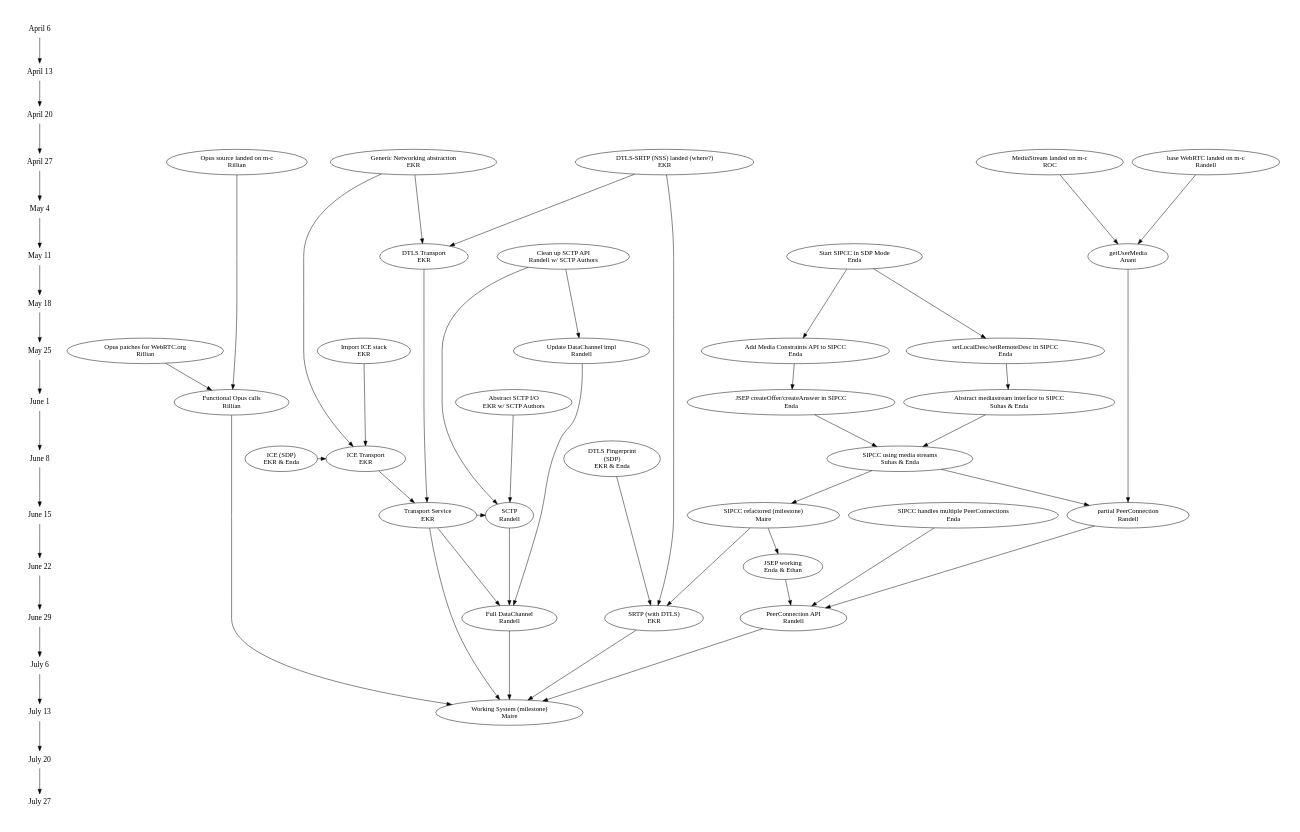
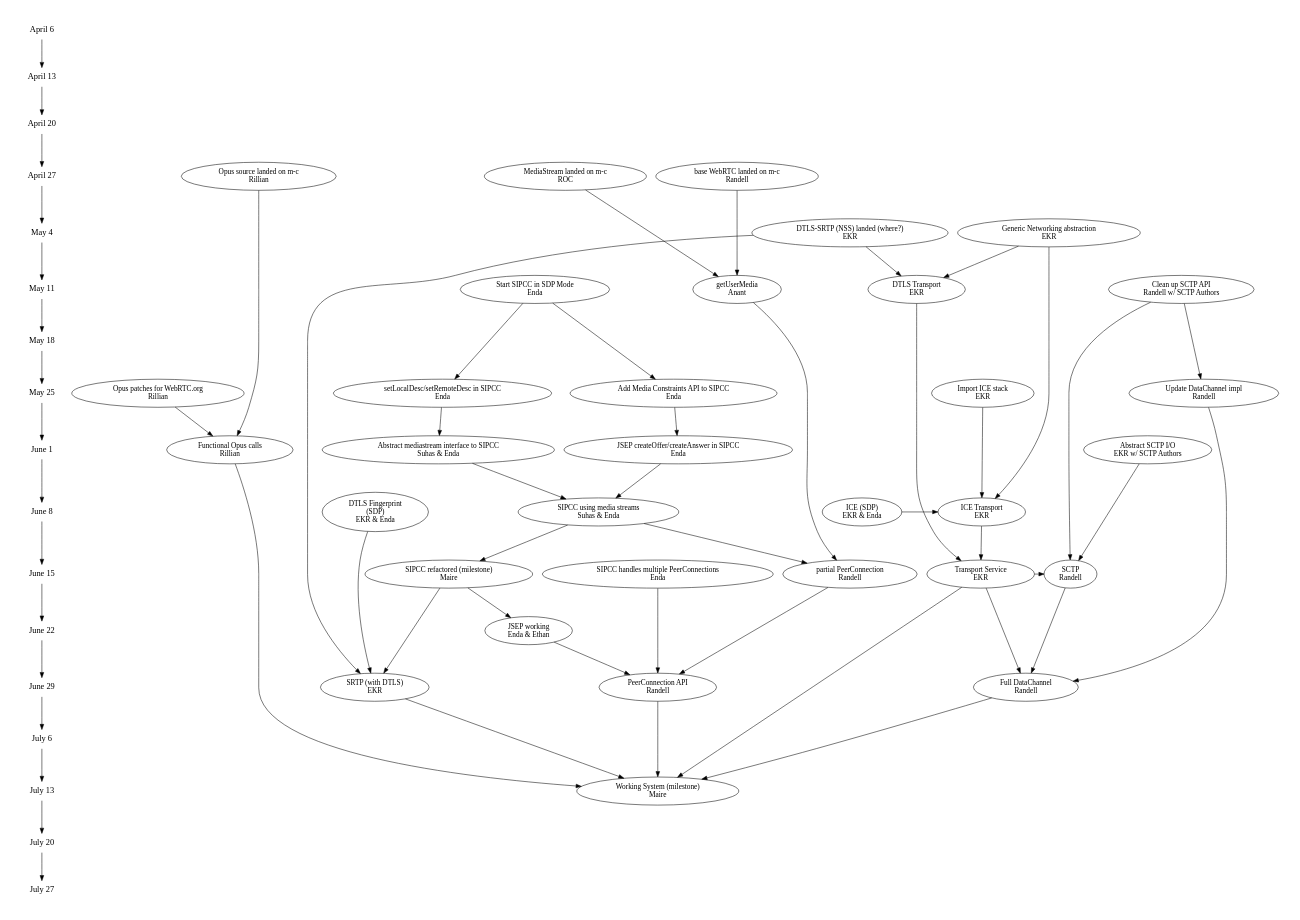
One commit to mozilla/webrtc changed the diagram in planning/webrtc.dot. Above: the diagram before and after it, drawn with Graphviz. The commit also changed 1 other file, not shown here.

```diff
--- a/planning/webrtc.dot
+++ b/planning/webrtc.dot
@@ -1,106 +1,110 @@
 digraph G {
 ranksep=.75; size = "7.5,7.5";
 {
 node [shape=plaintext, fontsize=16]; /* the time-line graph */ 
      "April 6" -> "April 13"-> "April 20"-> "April 27"-> "May 4"-> "May 11"-> "May 18"-> "May 25"-> "June 1"-> "June 8"-> "June 15"-> "June 22"-> "June 29"-> "July 6"-> "July 13"-> "July 20"-> "July 27"
 }
 
 	{rank = same; "April 27";
 	   webrtc [label = "base WebRTC landed on m-c\nRandell"];
 	   mediastream [label = "MediaStream landed on m-c\nROC"];
+	   opussrc [label = "Opus source landed on m-c\nRillian"]
+        }
+        
+        {
+           rank = same; "May 4";
 	   genericio [label = "Generic Networking abstraction\nEKR"]
 	   dtlssrtp [label = "DTLS-SRTP (NSS) landed (where?)\nEKR"]
-	   opussrc [label = "Opus source landed on m-c\nRillian"]
         }
 
 	{rank = same; "May 11";
 	   getusermedia [label = "getUserMedia\nAnant"]
 	   dtlstransport [label = "DTLS Transport\nEKR" ];
 	   sctpupdate [label = "Clean up SCTP API\nRandell w/ SCTP Authors"];
 	   sipccsdp [ label = "Start SIPCC in SDP Mode\nEnda"];
 	}
 	dtlssrtp -> dtlstransport
 	genericio -> dtlstransport
 	
 	{rank = same; "May 25";
 	   nicer [label = "Import ICE stack\nEKR"];
 	   sipccsetdesc [ label = "setLocalDesc/setRemoteDesc in SIPCC\nEnda"];
 	   datachannelupdate [label = "Update DataChannel impl\nRandell"];
 	   opuswebrtc [label = "Opus patches for WebRTC.org\nRillian"];
            sipccmediaconstraints [ label = "Add Media Constraints API to SIPCC\nEnda"];
         }	   	   
         sipccsdp -> sipccmediaconstraints
         sipccsdp -> sipccsetdesc
 
 	{rank = same; "June 1";
 	   sctpio [ label = "Abstract SCTP I/O\nEKR w/ SCTP Authors"]
 	   opus [ label = "Functional Opus calls\nRillian"];
            sipccsetmediainterface [label ="Abstract mediastream interface to SIPCC\nSuhas & Enda"];
            sipccjsep [ label = "JSEP createOffer/createAnswer in SIPCC\nEnda"];
         }
 	getusermedia -> peerconnection_first
 	opussrc -> opus
 	opuswebrtc -> opus
         sipccmediaconstraints -> sipccjsep
         sipccsetdesc -> sipccsetmediainterface
 
 	{rank = same; "June 8";
 	   icetransport [ label = "ICE Transport\nEKR"];
 	   dtlsfingerprint [ label = "DTLS Fingerprint\n(SDP)\nEKR & Enda"];
 	   iceparams [label = "ICE (SDP)\nEKR & Enda"];
            sipccusemediastreams [label = "SIPCC using media streams\nSuhas & Enda"];
 	}
 
 	nicer -> icetransport
         sipccjsep -> sipccusemediastreams
         sipccsetmediainterface -> sipccusemediastreams
 	genericio -> icetransport
 	iceparams -> icetransport
 
 	{rank = same; "June 15";
 	   transport [label = "Transport Service\nEKR"];
 	   sctp [label = "SCTP\nRandell"];
 	   sipccrefactor [label = "SIPCC refactored (milestone)\nMaire"];
            sipccmultipeerconn [label = "SIPCC handles multiple PeerConnections\nEnda"]
 	   peerconnection_first [label = "partial PeerConnection\nRandell"];
 	 } 
 	 sipccusemediastreams -> sipccrefactor
 	 sipccrefactor -> "JSEP"
 	 dtlstransport -> transport
 	 icetransport -> transport
 	 sipccusemediastreams -> peerconnection_first
 
         {rank = same; "June 22"; 
 	   JSEP [ label = "JSEP working\nEnda & Ethan"]; }
 
         {rank = same; "June 29"; 
 	   peerconnection [label = "PeerConnection API\nRandell"];
 	   datachannel [label = "Full DataChannel\nRandell"];
 	   srtp [label = "SRTP (with DTLS)\nEKR"] }
         dtlsfingerprint -> srtp
 	dtlssrtp -> srtp
 	sipccrefactor -> srtp
         sipccmultipeerconn -> peerconnection
 
         {rank = same; "July 13"; 
 	   working [ label = "Working System (milestone)\nMaire" ] }
 	
         mediastream->getusermedia
 	webrtc->getusermedia
 	
 	transport -> working
 	transport -> datachannel
 	peerconnection_first -> peerconnection
 	peerconnection -> working
 	"JSEP" -> peerconnection
 	sctpio-> sctp
 	sctpupdate -> sctp
 	sctpupdate -> datachannelupdate
 	datachannelupdate -> datachannel
 	sctp -> datachannel
 	transport ->sctp
 	datachannel -> working
 	srtp -> working
 
 	opus -> working
 }
```
